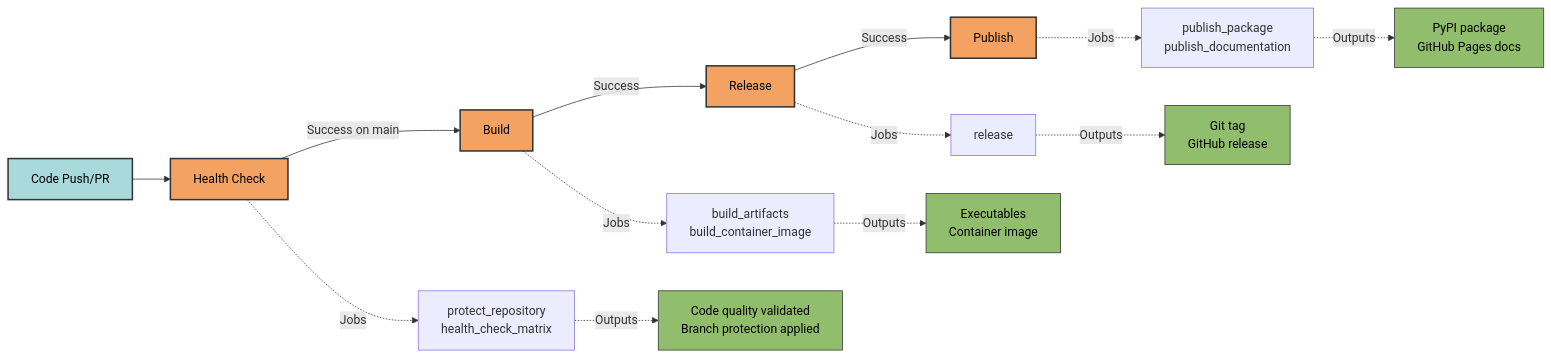
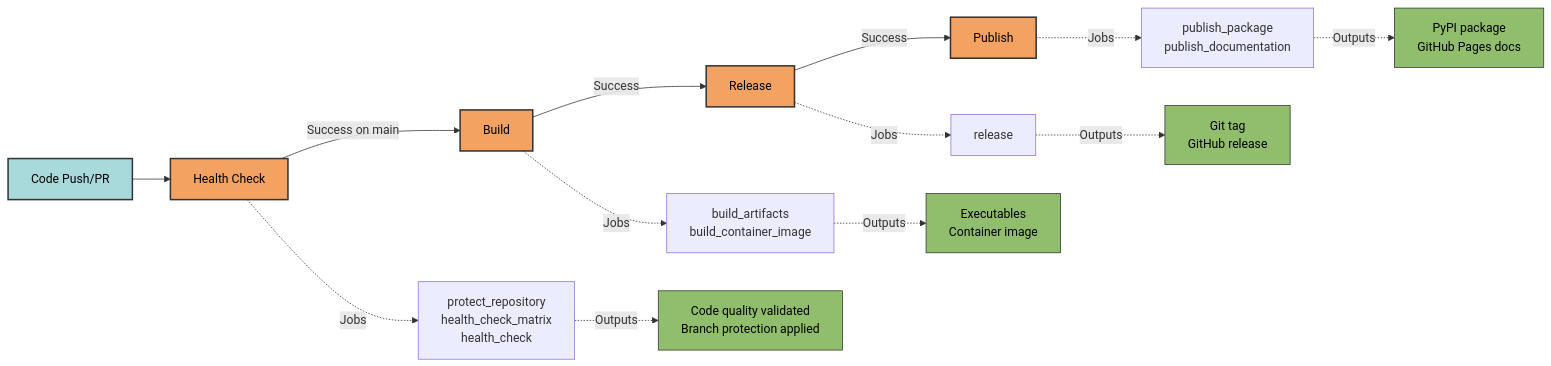
One commit to Winipedia/pyrig changed the third of 4 diagrams in docs/configs/workflows/architecture.md. Above: the diagram before and after it, drawn with Mermaid. The commit also changed other lines of this file and 5 other files, not shown here.

Commit message:
bug fix in PRs health chekc as status check fix

````diff
--- a/docs/configs/workflows/architecture.md
+++ b/docs/configs/workflows/architecture.md
@@ -107,27 +107,27 @@
 ```mermaid
 graph LR
     A[Code Push/PR] --> B[Health Check]
     B -->|Success on main| C[Build]
     C -->|Success| D[Release]
     D -->|Success| E[Publish]
 
-    B -.->|Jobs| B1[protect_repository<br/>health_check_matrix]
+    B -.->|Jobs| B1[protect_repository<br/>health_check_matrix<br/>health_check]
     C -.->|Jobs| C1[build_artifacts<br/>build_container_image]
     D -.->|Jobs| D1[release]
     E -.->|Jobs| E1[publish_package<br/>publish_documentation]
 
     B1 -.->|Outputs| B2[Code quality validated<br/>Branch protection applied]
     C1 -.->|Outputs| C2[Executables<br/>Container image]
     D1 -.->|Outputs| D2[Git tag<br/>GitHub release]
     E1 -.->|Outputs| E2[PyPI package<br/>GitHub Pages docs]
 
     style A fill:#a8dadc,stroke:#333,stroke-width:2px,color:#000
     style B fill:#f4a261,stroke:#333,stroke-width:2px,color:#000
     style C fill:#f4a261,stroke:#333,stroke-width:2px,color:#000
     style D fill:#f4a261,stroke:#333,stroke-width:2px,color:#000
     style E fill:#f4a261,stroke:#333,stroke-width:2px,color:#000
     style B2 fill:#90be6d,stroke:#333,stroke-width:1px,color:#000
     style C2 fill:#90be6d,stroke:#333,stroke-width:1px,color:#000
     style D2 fill:#90be6d,stroke:#333,stroke-width:1px,color:#000
     style E2 fill:#90be6d,stroke:#333,stroke-width:1px,color:#000
 ```
````
